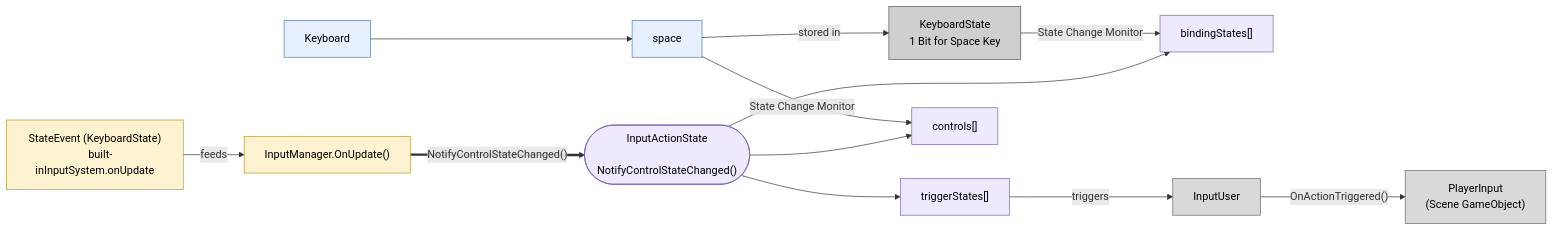
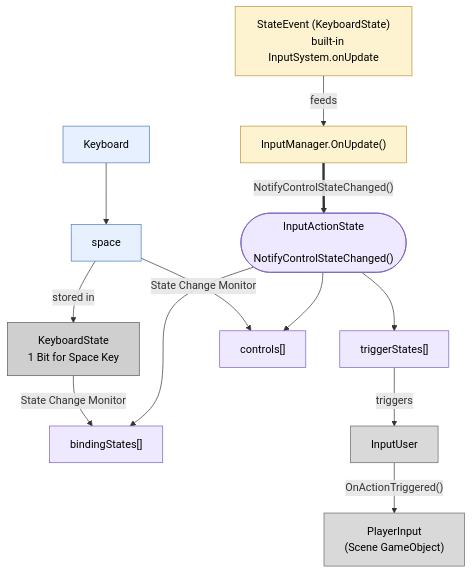
Before and after one commit to Unity-Technologies/InputSystem: the fourth of 5 diagrams in Packages/com.unity.inputsystem/Documentation~/Architecture.md, drawn with Mermaid. The commit also changed other lines of this file, not shown here.

Commit message:
Reorging diagrams

````diff
--- a/Packages/com.unity.inputsystem/Documentation~/Architecture.md
+++ b/Packages/com.unity.inputsystem/Documentation~/Architecture.md
@@ -116,41 +184,41 @@
 ```mermaid
-flowchart LR
+flowchart TB
     %% ---------- Devices ----------
     Keyboard["Keyboard"] --> space["space"]
 
     %% ---------- Input State (unmanaged raw memory) ----------
     KBbit["KeyboardState
     1 Bit for Space Key"]
     space -->|"stored in"| KBbit
 
     %% ---------- Runtime ----------
     StateEvent["StateEvent (KeyboardState)
-    built-inInputSystem.onUpdate"] -->|feeds| OnUpdate["InputManager.OnUpdate()"]
+    built-in InputSystem.onUpdate"] -->|feeds| OnUpdate["InputManager.OnUpdate()"]
 
     %% ---------- Action state ----------
     AState(["InputActionState
     NotifyControlStateChanged()"])
     trig["triggerStates[]"]
     bind["bindingStates[]"]
     ctrl["controls[]"]
     AState --> trig & bind & ctrl
     OnUpdate ==>|"NotifyControlStateChanged()"| AState
     KBbit -->|"State Change Monitor"| bind
     space -->|"State Change Monitor"| ctrl
 
     %% ---------- Callback out to the scene ----------
     trig -->|triggers| IU["InputUser"]
     IU -->|"OnActionTriggered()"| PI["PlayerInput
     (Scene GameObject)"]
 
     classDef device fill:#e6f0ff,stroke:#4a78c0,color:#000;
     classDef state fill:#cfcfcf,stroke:#555,color:#000;
     classDef astate fill:#efe9ff,stroke:#7a5ec0,color:#000;
     classDef runtime fill:#fdf3d0,stroke:#b9962e,color:#000;
     classDef go fill:#d9d9d9,stroke:#666,color:#000;
     class Keyboard,space device;
     class KBbit state;
     class AState,trig,bind,ctrl astate;
     class StateEvent,OnUpdate runtime;
     class IU,PI go;
 ```
````
